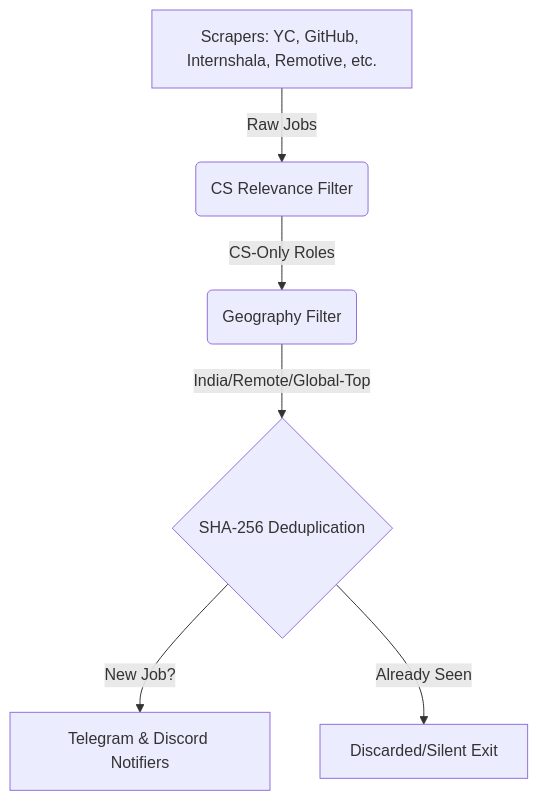
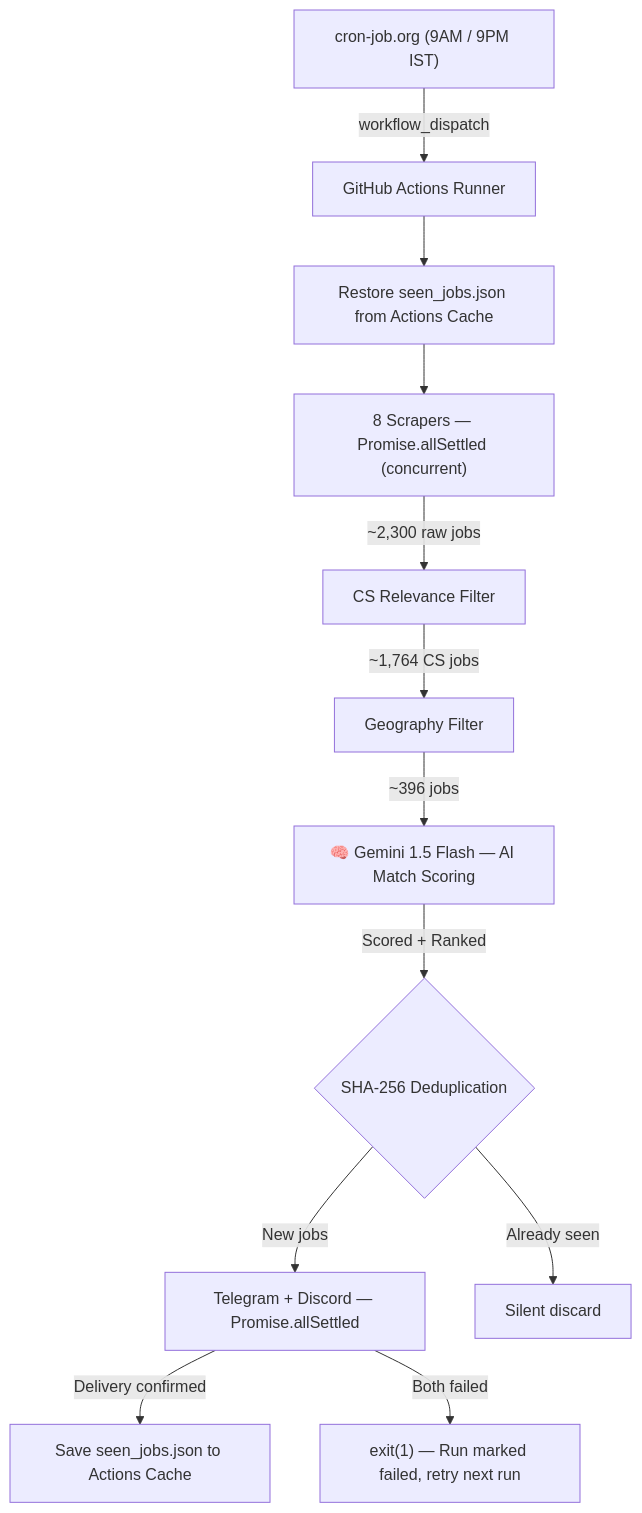
Before and after one commit to AnshSomani/Job_Alert: the diagram in README.md, drawn with Mermaid. The commit also changed other lines of this file, not shown here.

````diff
--- a/README.md
+++ b/README.md
@@ -116,8 +160,14 @@
 ```mermaid
 graph TD
-    A[Scrapers: YC, GitHub, Internshala, Remotive, etc.] -->|Raw Jobs| B(CS Relevance Filter)
-    B -->|CS-Only Roles| C(Geography Filter)
-    C -->|India/Remote/Global-Top| D{SHA-256 Deduplication}
-    D -->|New Job?| E[Telegram & Discord Notifiers]
-    D -->|Already Seen| F[Discarded/Silent Exit]
+    A["cron-job.org (9AM / 9PM IST)"] -->|workflow_dispatch| B[GitHub Actions Runner]
+    B --> C[Restore seen_jobs.json from Actions Cache]
+    C --> D["8 Scrapers — Promise.allSettled (concurrent)"]
+    D -->|"~2,300 raw jobs"| E[CS Relevance Filter]
+    E -->|"~1,764 CS jobs"| F[Geography Filter]
+    F -->|"~396 jobs"| G["🧠 Gemini 1.5 Flash — AI Match Scoring"]
+    G -->|Scored + Ranked| H{SHA-256 Deduplication}
+    H -->|New jobs| I["Telegram + Discord — Promise.allSettled"]
+    H -->|Already seen| J[Silent discard]
+    I -->|Delivery confirmed| K[Save seen_jobs.json to Actions Cache]
+    I -->|Both failed| L["exit(1) — Run marked failed, retry next run"]
 ```
````
